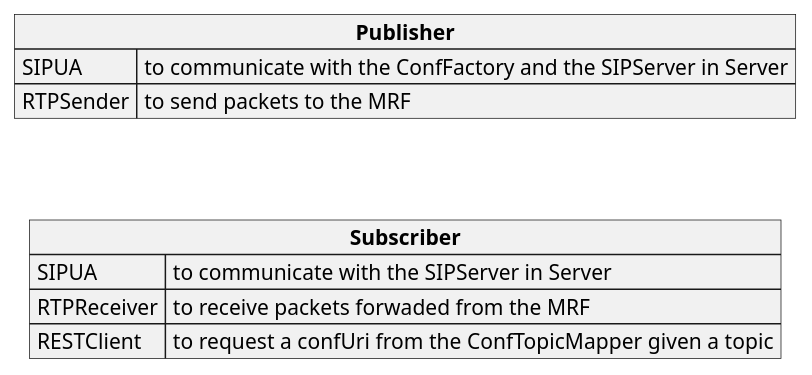
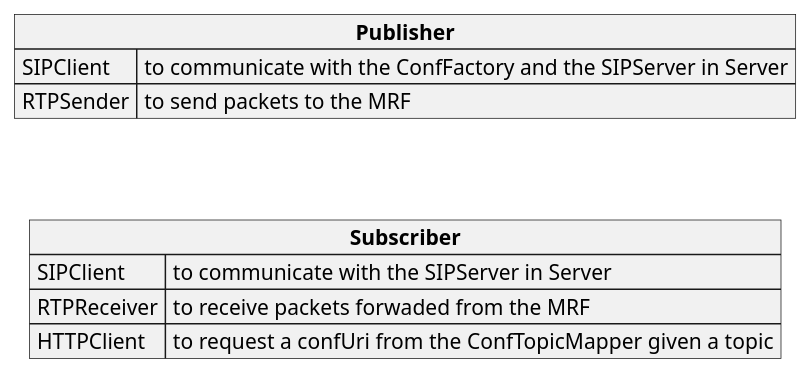
One commit to chumvan/rtppubsub changed the diagram in pubsub/components/pubsub.puml. Above: the diagram before and after it, drawn with PlantUML. The commit also changed 9 other files, not shown here.

Commit message:
edit sequences

```diff
--- a/pubsub/components/pubsub.puml
+++ b/pubsub/components/pubsub.puml
@@ -1,16 +1,16 @@
 @startuml pubsub 
 
 json "<b>Publisher" as Pub {
-    "SIPUA": "to communicate with the ConfFactory and the SIPServer in Server",
+    "SIPClient": "to communicate with the ConfFactory and the SIPServer in Server",
     "RTPSender": "to send packets to the MRF"
 }
 
 json "<b>Subscriber" as Sub {
-    "SIPUA" : "to communicate with the SIPServer in Server",
+    "SIPClient" : "to communicate with the SIPServer in Server",
     "RTPReceiver": "to receive packets forwaded from the MRF",
-    "RESTClient": "to request a confUri from the ConfTopicMapper given a topic"
+    "HTTPClient": "to request a confUri from the ConfTopicMapper given a topic"
 }
 
 Pub -[hidden]-> Sub
 
 @enduml
```
